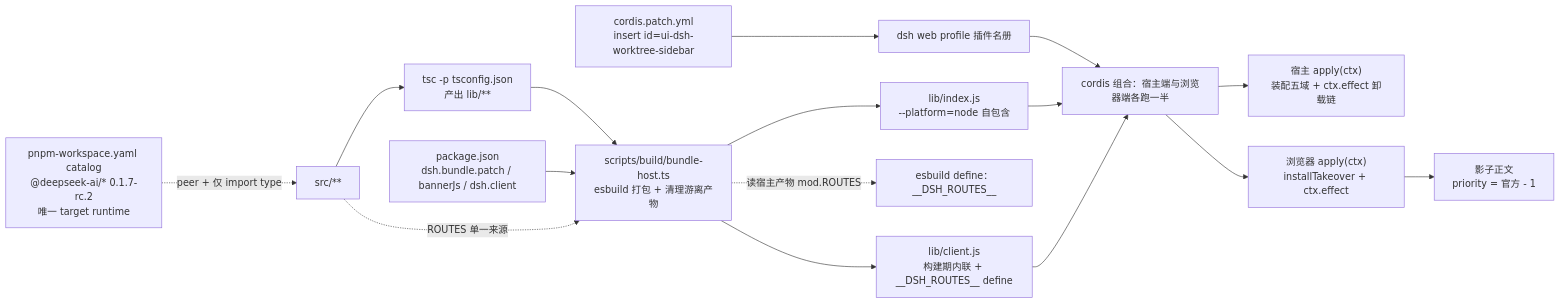
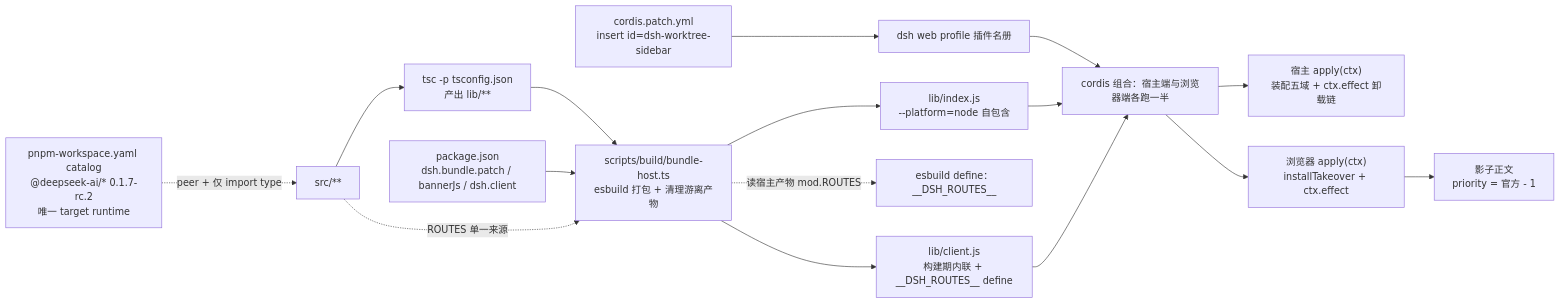
Before and after one commit to realreus319/dsh-plugin-hub: the fourth of 4 diagrams in docs/architecture/dsh-worktree-sidebar.md, drawn with Mermaid. The commit also changed 60 other files, not shown here.

````diff
--- a/docs/architecture/dsh-worktree-sidebar.md
+++ b/docs/architecture/dsh-worktree-sidebar.md
@@ -554,20 +554,20 @@
 ```mermaid
 flowchart LR
     SRC["src/**"] --> TSC["tsc -p tsconfig.json<br/>产出 lib/**"]
     TSC --> BUNDLE["scripts/build/bundle-host.ts<br/>esbuild 打包 + 清理游离产物"]
     PKG["package.json<br/>dsh.bundle.patch / bannerJs / dsh.client"] --> BUNDLE
     BUNDLE --> HOSTJS["lib/index.js<br/>--platform=node 自包含"]
     BUNDLE --> CLIJS["lib/client.js<br/>构建期内联 + __DSH_ROUTES__ define"]
     SRC -.->|"ROUTES 单一来源"| BUNDLE
     BUNDLE -.->|"读宿主产物 mod.ROUTES"| CLIDEF["esbuild define：__DSH_ROUTES__"]
 
     CATALOG["pnpm-workspace.yaml catalog<br/>@deepseek-ai/* 0.1.7-rc.2<br/>唯一 target runtime"] -.->|"peer + 仅 import type"| SRC
 
-    PATCH["cordis.patch.yml<br/>insert id=ui-dsh-worktree-sidebar"] --> PROFILE["dsh web profile 插件名册"]
+    PATCH["cordis.patch.yml<br/>insert id=dsh-worktree-sidebar"] --> PROFILE["dsh web profile 插件名册"]
     PROFILE --> CORDIS["cordis 组合：宿主端与浏览器端各跑一半"]
     HOSTJS --> CORDIS
     CLIJS --> CORDIS
     CORDIS --> APPLY["宿主 apply(ctx)<br/>装配五域 + ctx.effect 卸载链"]
     CORDIS --> CAPPLY["浏览器 apply(ctx)<br/>installTakeover + ctx.effect"]
     CAPPLY --> SHADOW["影子正文<br/>priority = 官方 - 1"]
 ```
````
